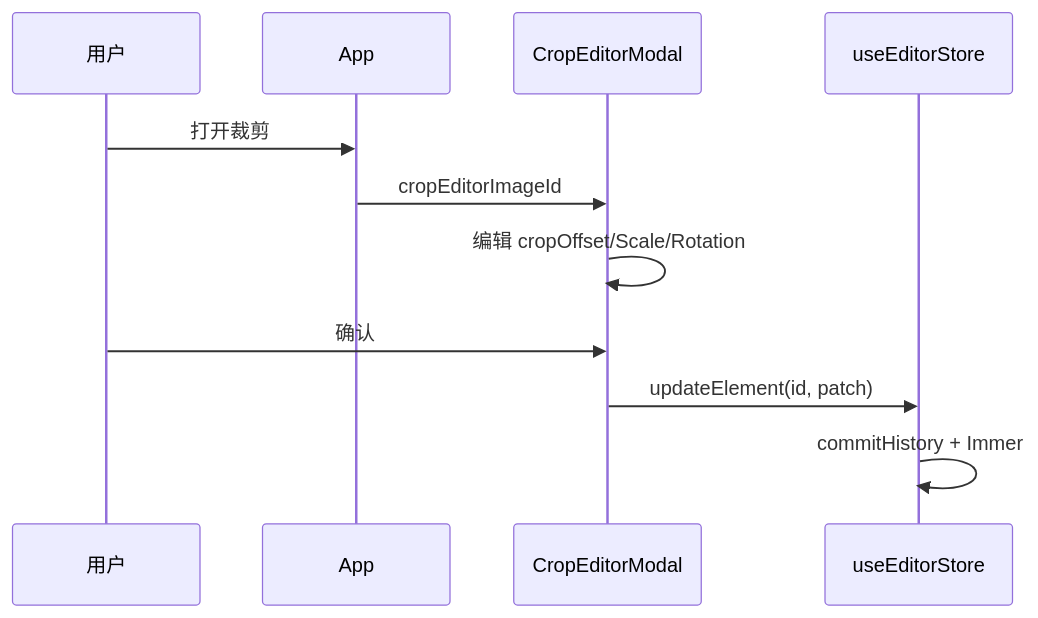
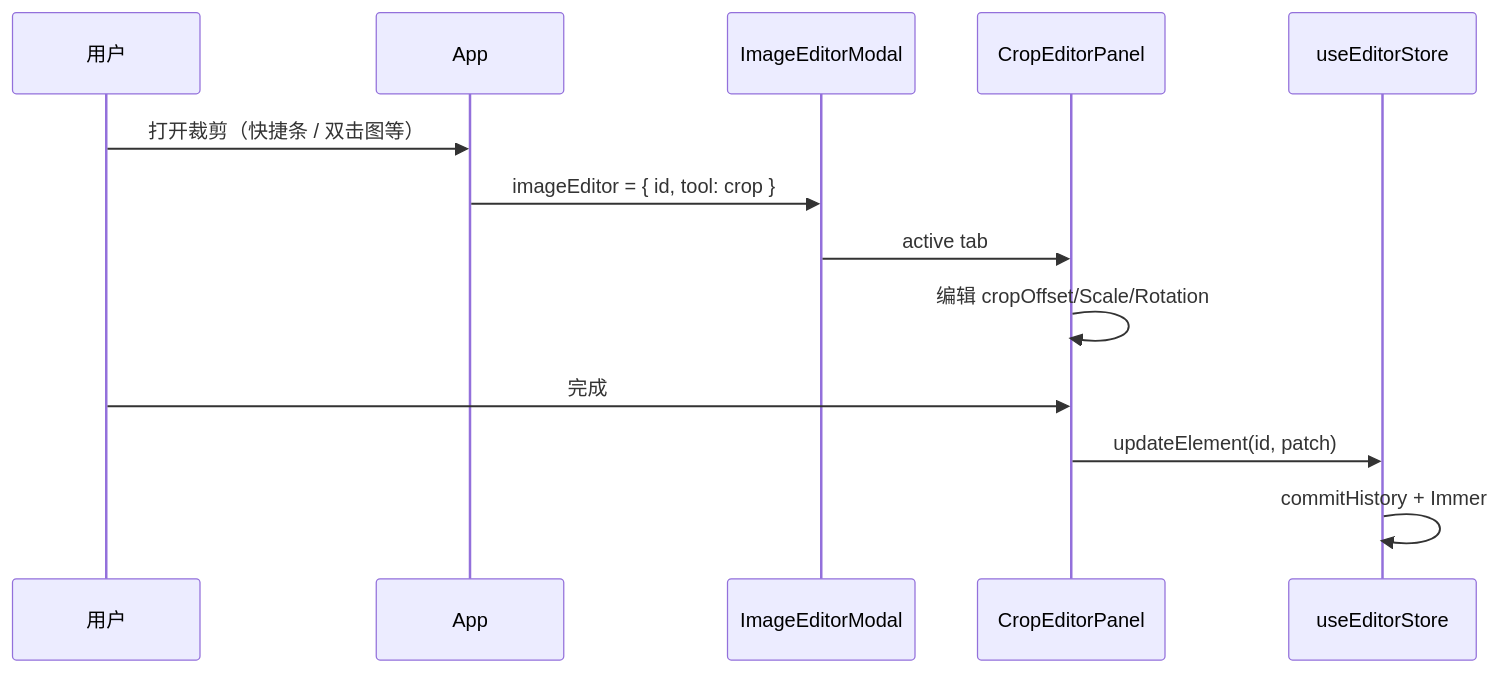
One commit to chenjialin555/ai-canvas changed the fourth of 11 diagrams in doc/PROJECT_ARCHITECTURE.md. Above: the diagram before and after it, drawn with Mermaid. The commit also changed other lines of this file and 108 other files, not shown here.

````diff
--- a/doc/PROJECT_ARCHITECTURE.md
+++ b/doc/PROJECT_ARCHITECTURE.md
@@ -345,14 +350,16 @@
 ```mermaid
 sequenceDiagram
   participant U as 用户
   participant App as App
-  participant Crop as CropEditorModal
+  participant Shell as ImageEditorModal
+  participant Crop as CropEditorPanel
   participant Store as useEditorStore
 
-  U->>App: 打开裁剪
-  App->>Crop: cropEditorImageId
+  U->>App: 打开裁剪（快捷条 / 双击图等）
+  App->>Shell: imageEditor = { id, tool: crop }
+  Shell->>Crop: active tab
   Crop->>Crop: 编辑 cropOffset/Scale/Rotation
-  U->>Crop: 确认
+  U->>Crop: 完成
   Crop->>Store: updateElement(id, patch)
   Store->>Store: commitHistory + Immer
 ```
````
